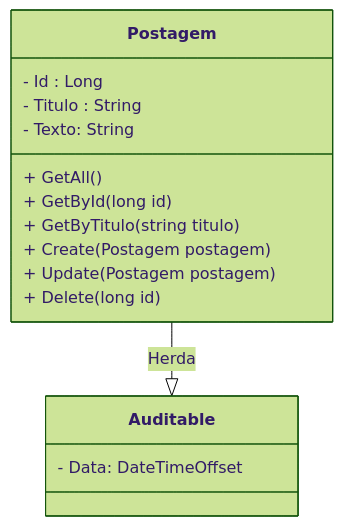
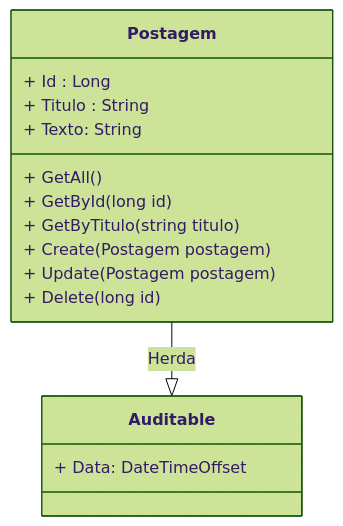
Before and after one commit to conteudoGeneration/cookbook_csharp: the first of 2 diagrams in 04_aspnet/06.md, drawn with Mermaid (forest theme). The commit also changed 12 other files, not shown here.

````diff
--- a/04_aspnet/06.md
+++ b/04_aspnet/06.md
@@ -22,18 +22,18 @@
 ```mermaid
 classDiagram
 class Postagem {
-  - Id : Long
-  - Titulo : String
-  - Texto: String
+  + Id : Long
+  + Titulo : String
+  + Texto: String
   + GetAll()
   + GetById(long id)
   + GetByTitulo(string titulo)
   + Create(Postagem postagem)
   + Update(Postagem postagem)
   + Delete(long id)
 }
 class Auditable {
-  - Data: DateTimeOffset
+  + Data: DateTimeOffset
 }
 Postagem --|> Auditable: Herda
 ```
````
